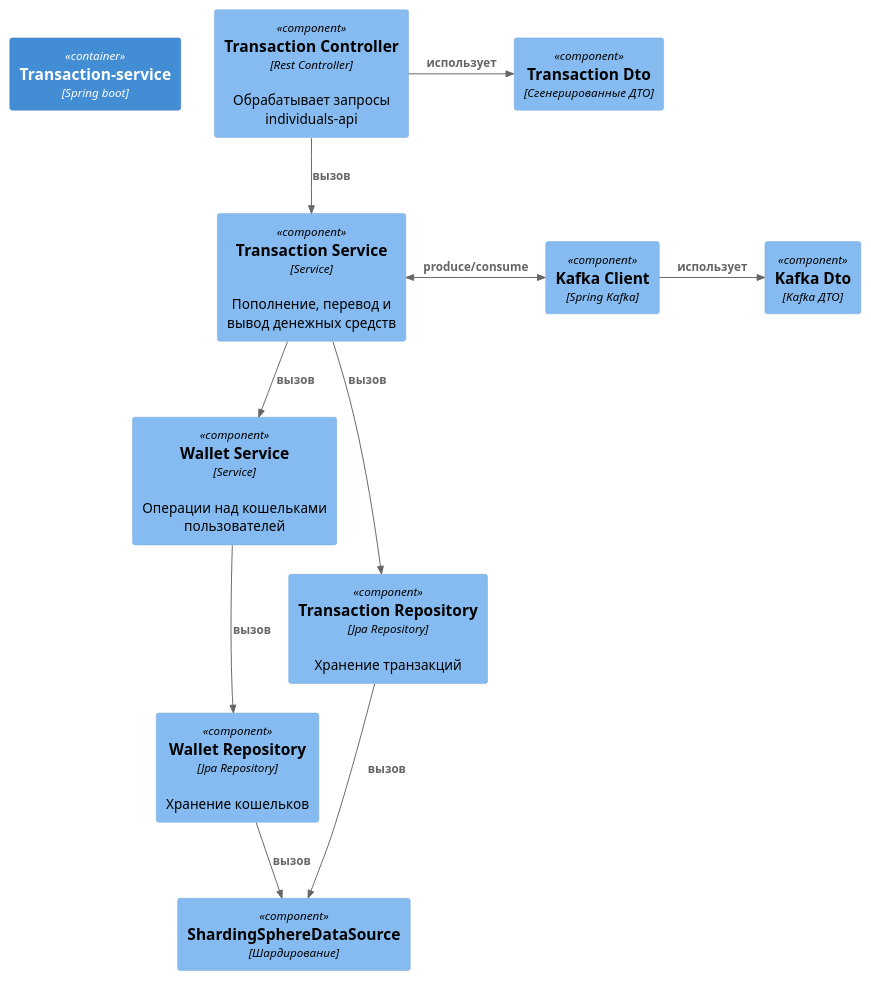
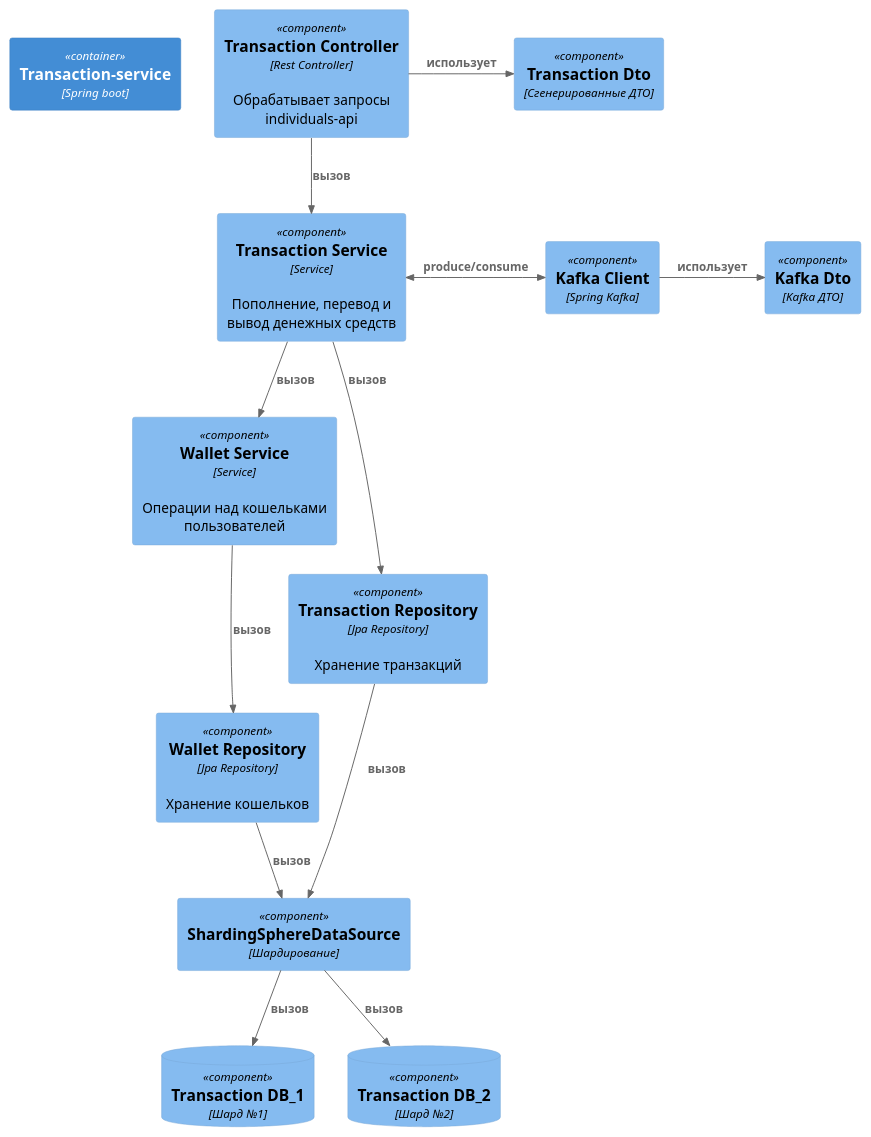
One commit to diamam90/payment-system changed the diagram in diagram/transaction-service-component.puml. Above: the diagram before and after it, drawn with PlantUML. The commit also changed 1 other file, not shown here.

Commit message:
Исправление компонентной схемы после обсуждения

```diff
--- a/diagram/transaction-service-component.puml
+++ b/diagram/transaction-service-component.puml
@@ -1,34 +1,40 @@
 @startuml
 !includeurl https://raw.githubusercontent.com/plantuml-stdlib/C4-PlantUML/master/C4_Component.puml
 
 Container(ts,"Transaction-service","Spring boot")
 
 Component(tsController, "Transaction Controller", "Rest Controller", "Обрабатывает запросы individuals-api")
 Component(tsService,"Transaction Service","Service","Пополнение, перевод и  вывод денежных средств")
 Component(wService, "Wallet Service", "Service", "Операции над кошельками пользователей")
 Component(kafka,"Kafka Client","Spring Kafka")
+ComponentDb(db1,"Transaction DB_1","Шард №1")
+ComponentDb(db2,"Transaction DB_2","Шард №2")
 
 Component(tsRepo, "Transaction Repository","Jpa Repository", "Хранение транзакций")
 Component(wRepo, "Wallet Repository", "Jpa Repository","Хранение кошельков")
 Component(shard,"ShardingSphereDataSource","Шардирование")
 
 Component(tsDto, "Transaction Dto", "Сгенерированные ДТО")
 Component(kafkaDto, "Kafka Dto", "Kafka ДТО")
 
 Lay_R(ts, tsController)
 Lay_D(wRepo, shard)
+Lay_D(shard, db1)
+Lay_R(db1,db2)
 
 Rel(tsController, tsService, "вызов")
 Rel(tsService, wService, "вызов")
 
 Rel(wService, wRepo, "вызов")
 Rel(tsService, tsRepo, "вызов")
 Rel(wRepo,shard, "вызов")
 Rel(tsRepo,shard, "вызов")
+Rel(shard,db1,"вызов")
+Rel(shard,db2,"вызов")
 
 Rel_R(kafka, kafkaDto, "использует")
 Rel_R(tsController, tsDto, "использует")
 
 BiRel_R(tsService, kafka,"produce/consume")
 
 @enduml
```
